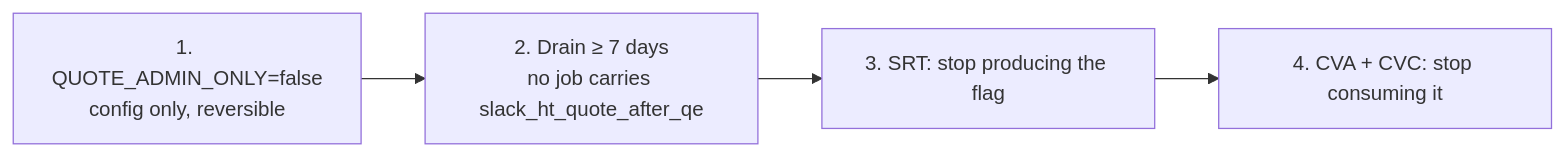
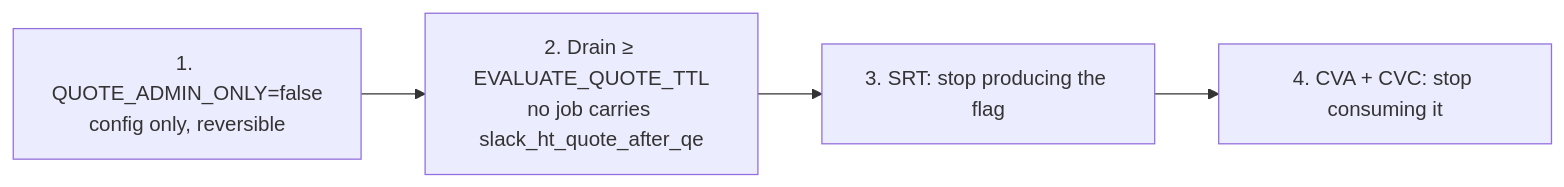
Before and after one commit to strakergroup/Nake-Agentic-Slack: the second of 5 diagrams in docs/evaluate-quote-confirmation.md, drawn with Mermaid. The commit also changed other lines of this file and 5 other files, not shown here.

First line of the commit message:
fix(RAY-81103): extend evaluate quote Redis TTL default to 30 days.

````diff
--- a/docs/evaluate-quote-confirmation.md
+++ b/docs/evaluate-quote-confirmation.md
@@ -87,6 +87,6 @@
 ```mermaid
 flowchart LR
-    A["1. QUOTE_ADMIN_ONLY=false<br/>config only, reversible"] --> B["2. Drain ≥ 7 days<br/>no job carries slack_ht_quote_after_qe"]
+    A["1. QUOTE_ADMIN_ONLY=false<br/>config only, reversible"] --> B["2. Drain ≥ EVALUATE_QUOTE_TTL<br/>no job carries slack_ht_quote_after_qe"]
     B --> C["3. SRT: stop producing the flag"]
     C --> D["4. CVA + CVC: stop consuming it"]
 ```
````
